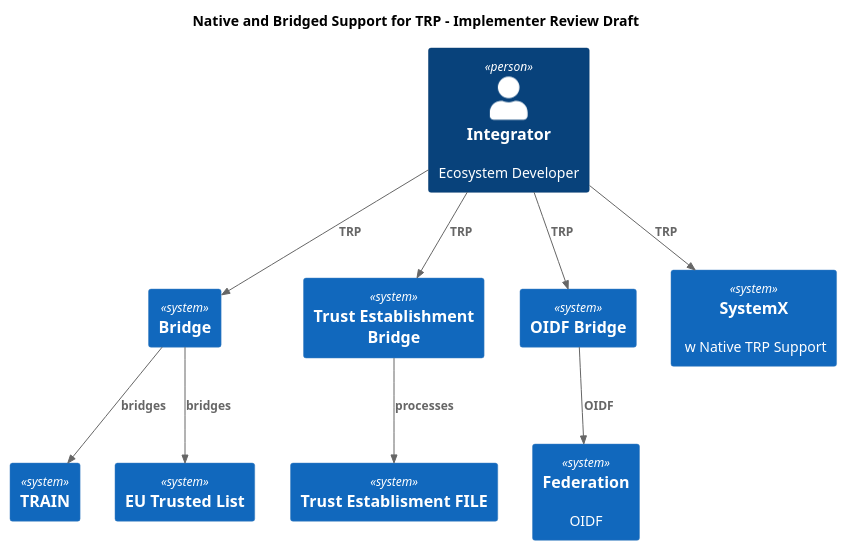
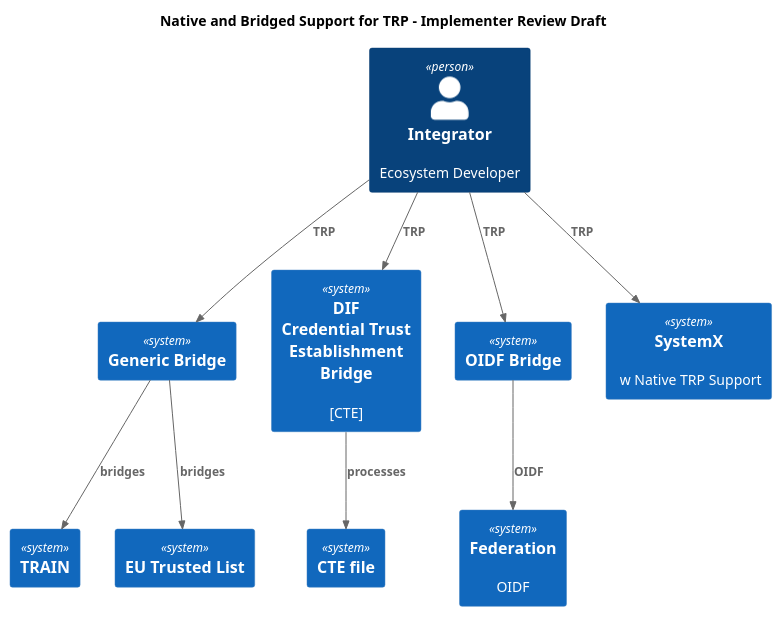
Before and after one commit to trustoverip/tswg-trust-registry-protocol: the diagram in diagrams/protocol-bridging.plantuml, drawn with PlantUML.

Commit message:
update TE to CTE name (DIF)

```diff
--- a/diagrams/protocol-bridging.plantuml
+++ b/diagrams/protocol-bridging.plantuml
@@ -1,50 +1,50 @@
 @startuml
 !include https://raw.githubusercontent.com/plantuml-stdlib/C4-PlantUML/master/C4_Context.puml
 ' uncomment the following line and comment the first to use locally
 ' !include C4_Context.puml
 
 
 title Native and Bridged Support for TRP - Implementer Review Draft
 
 Person(Integrator, "Integrator", "Ecosystem Developer")
 
-System(Bridge, "Bridge")
-System(teBridge, "Trust Establishment Bridge")
+System(Bridge, "Generic Bridge")
+System(teBridge, "DIF \n Credential Trust Establishment \nBridge","[CTE]")
 
 System(oidcBridge, "OIDF Bridge")
 System(oidfData,"Federation","OIDF")
 
 Rel(Integrator, oidcBridge,"TRP")
 Rel(oidcBridge,oidfData,"OIDF")
 
 
-System(TRAIN, "TRAIN")
+System(TRAIN, "TRAIN") 
 Rel(Bridge, TRAIN,"bridges")
 
 
 
 System(EUTrustedList, "EU Trusted List")
 System(NativeSupport, "SystemX"," w Native TRP Support")
 
 
 
-System(teFile, "Trust Establisment FILE")
+System(teFile, "CTE file")
 
 Rel(teBridge, teFile,"processes")
 
 Rel(Integrator, Bridge, "TRP")
 Rel(Integrator, teBridge, "TRP")
 
 
 Rel(Bridge, EUTrustedList, "bridges")
 
 
 ' System(OpenDataBridge, "OpenData Bridge")
 ' Rel(Integrator, OpenDataBridge,"TRP")
 ' Rel(OpenDataBridge,NativeSupport,"ODPS")
 
 Rel(Integrator, NativeSupport,"TRP")
 
 
 
 @enduml 
```
